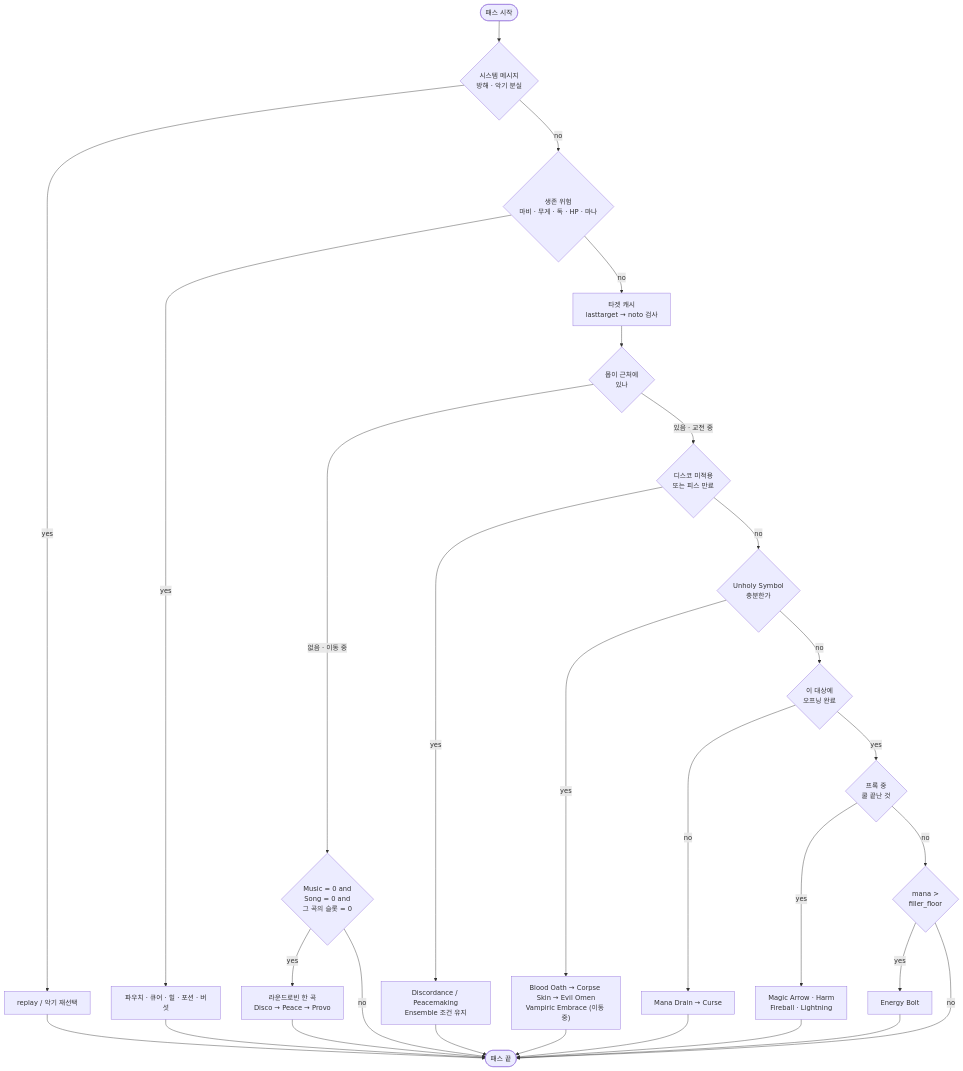
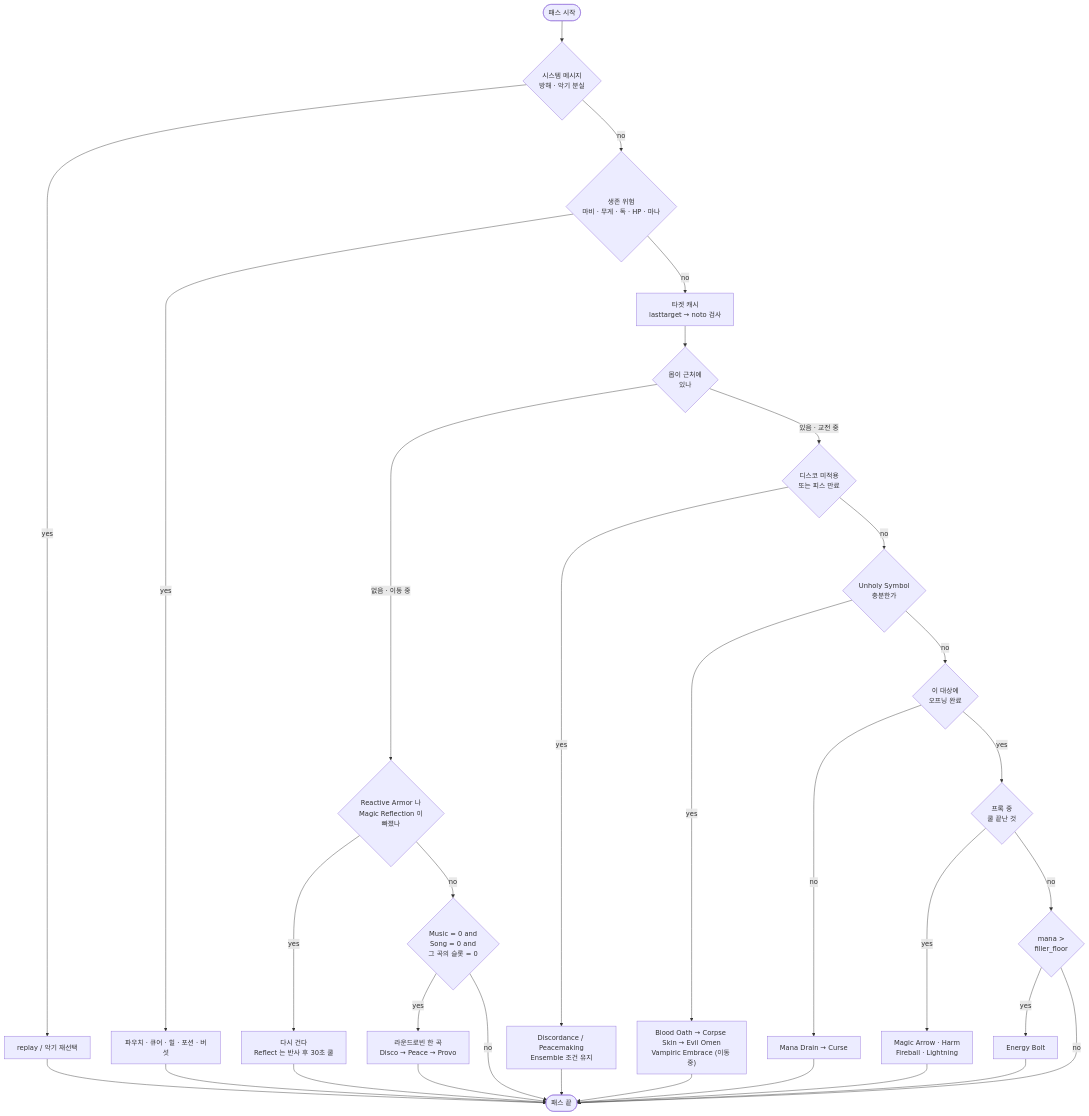
Before and after one commit to minu-ha/uoo: the diagram in library/bard-necro-combat-design.md, drawn with Mermaid. The commit also changed other lines of this file and 5 other files, not shown here.

Commit message:
Keep Reactive Armor and Magic Reflection up on the walk

````diff
--- a/library/bard-necro-combat-design.md
+++ b/library/bard-necro-combat-design.md
@@ -23,44 +23,48 @@
 ```mermaid
 flowchart TD
     S([패스 시작]) --> M0
 
     M0{"시스템 메시지<br/>방해 · 악기 분실"}
     M0 -->|yes| A0["replay / 악기 재선택"] --> E
     M0 -->|no| M1
 
     M1{"생존 위험<br/>마비 · 무게 · 독 · HP · 마나"}
     M1 -->|yes| A1["파우치 · 큐어 · 힐 · 포션 · 버섯"] --> E
     M1 -->|no| M2
 
     M2["타겟 캐시<br/>lasttarget → noto 검사"] --> M3
 
     M3{"몹이 근처에<br/>있나"}
-    M3 -->|"없음 · 이동 중"| SONG
+    M3 -->|"없음 · 이동 중"| BUFF
     M3 -->|"있음 · 교전 중"| SKILL
+
+    BUFF{"Reactive Armor 나<br/>Magic Reflection 이<br/>빠졌나"}
+    BUFF -->|yes| ABUFF["다시 건다<br/>Reflect 는 반사 후 30초 쿨"] --> E
+    BUFF -->|no| SONG
 
     SONG{"Music = 0 and<br/>Song = 0 and<br/>그 곡의 슬롯 = 0"}
     SONG -->|yes| ASONG["라운드로빈 한 곡<br/>Disco → Peace → Provo"] --> E
     SONG -->|no| E
 
     SKILL{"디스코 미적용<br/>또는 피스 만료"}
     SKILL -->|yes| ASKILL["Discordance / Peacemaking<br/>Ensemble 조건 유지"] --> E
     SKILL -->|no| NECRO
 
     NECRO{"Unholy Symbol<br/>충분한가"}
     NECRO -->|yes| ANECRO["Blood Oath → Corpse Skin → Evil Omen<br/>Vampiric Embrace (이동 중)"] --> E
     NECRO -->|no| OPEN
 
     OPEN{"이 대상에<br/>오프닝 완료"}
     OPEN -->|no| AOPEN["Mana Drain → Curse"] --> E
     OPEN -->|yes| PROC
 
     PROC{"프록 중<br/>쿨 끝난 것"}
     PROC -->|yes| APROC["Magic Arrow · Harm<br/>Fireball · Lightning"] --> E
     PROC -->|no| FILL
 
     FILL{"mana ><br/>filler_floor"}
     FILL -->|yes| AFILL["Energy Bolt"] --> E
     FILL -->|no| E
 
     E([패스 끝])
 ```
````
